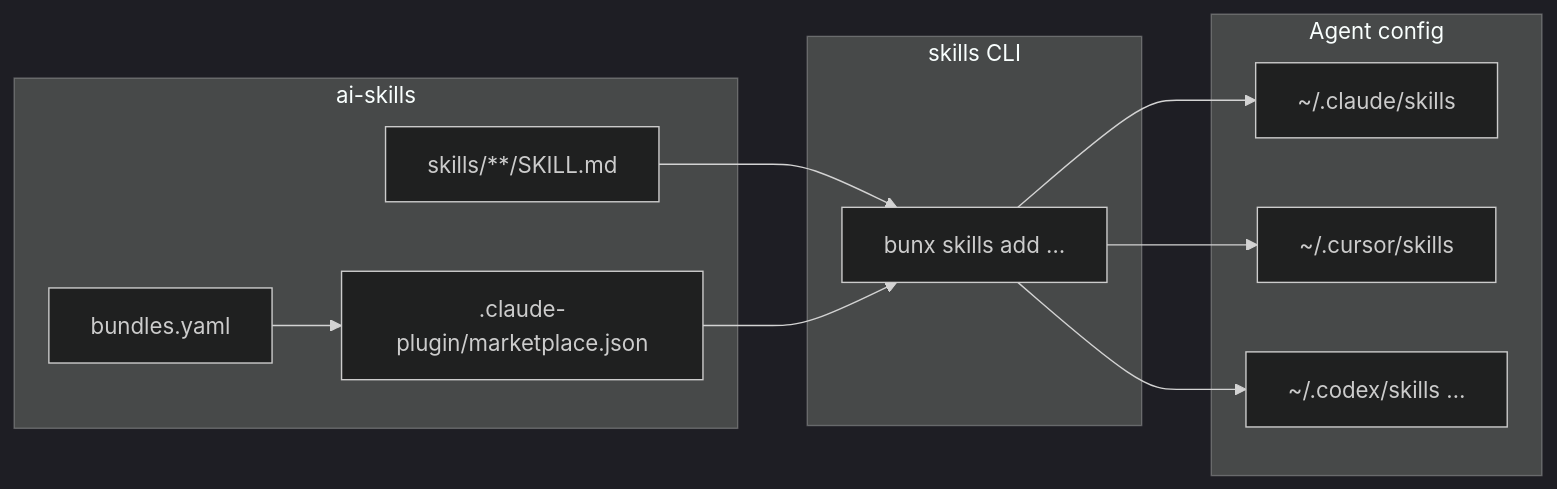
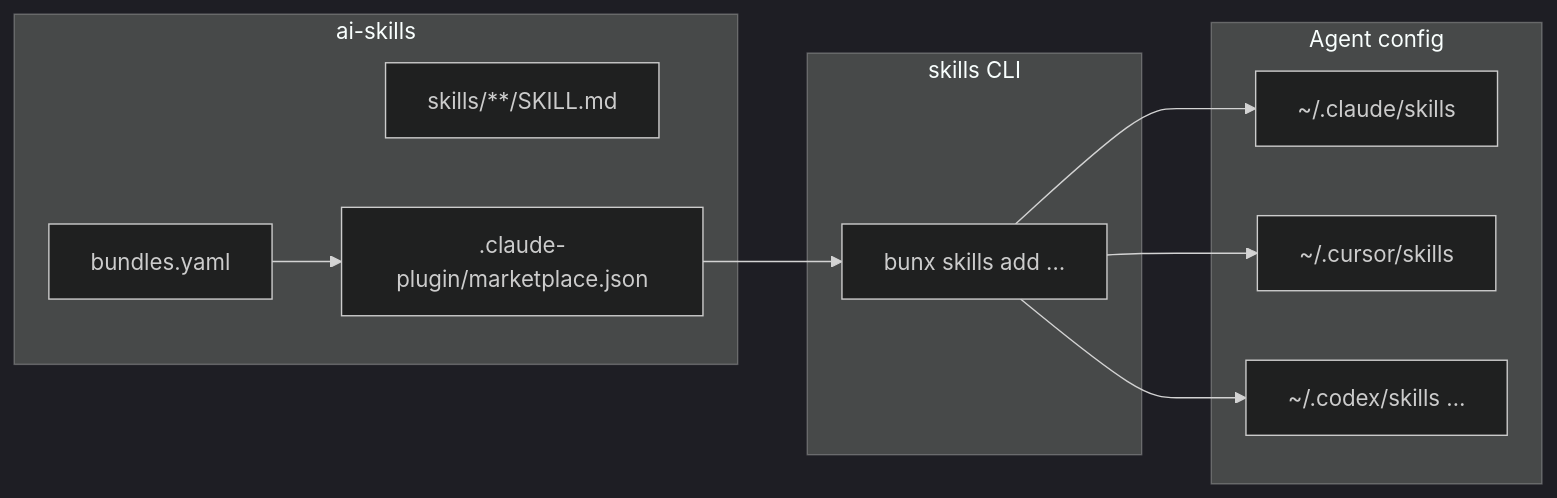
One commit to lgtm-hq/ai-skills changed the diagram in CONTRIBUTING.md. Above: the diagram before and after it, drawn with Mermaid (dark theme). The commit also changed 5 other files, not shown here.

````diff
--- a/CONTRIBUTING.md
+++ b/CONTRIBUTING.md
@@ -66,22 +66,21 @@
 ```mermaid
 flowchart LR
   subgraph repo [ai-skills]
     SK["skills/**/SKILL.md"]
     BY["bundles.yaml"]
     MP[".claude-plugin/marketplace.json"]
   end
   subgraph cli [skills CLI]
     add["bunx skills add …"]
   end
   subgraph dirs [Agent config]
     c["~/.claude/skills"]
     u["~/.cursor/skills"]
     x["~/.codex/skills …"]
   end
-  SK --> add
   BY --> MP
   MP --> add
   add --> c
   add --> u
   add --> x
 ```
````
